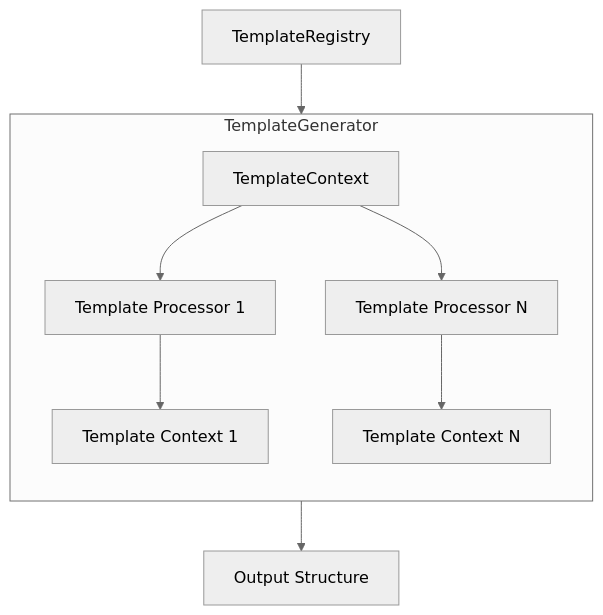
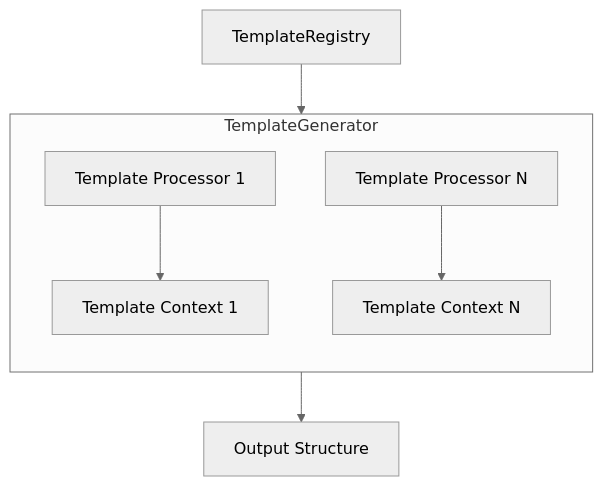
One commit to realAleksha/kotli changed the fourth of 8 diagrams in docs/engine/architecture.md. Above: the diagram before and after it, drawn with Mermaid (neutral theme).

Commit message:
fix (*) issues

````diff
--- a/docs/engine/architecture.md
+++ b/docs/engine/architecture.md
@@ -141,19 +141,17 @@
 ```mermaid
 graph TD
    class TemplateRegistry abstract
    TC1["Template Context 1"]
    TCN["Template Context N"]
    OS["Output Structure"]
    subgraph TemplateGenerator
        direction TB
        TP1["Template Processor 1"]
        TPN["Template Processor N"]
-       TemplateContext --> TP1
-       TemplateContext --> TPN
        TP1 --> TC1
        TPN --> TCN
    end
 
    TemplateRegistry --> TemplateGenerator
    TemplateGenerator --> OS
 ```
````
